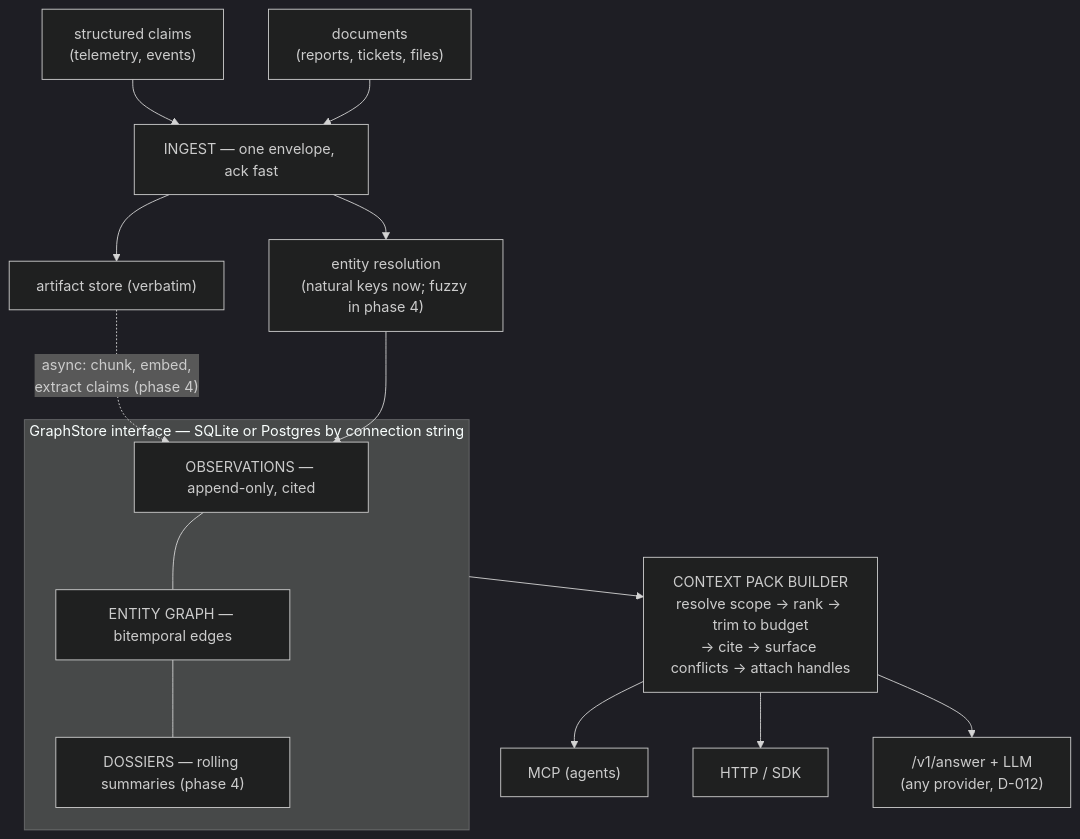
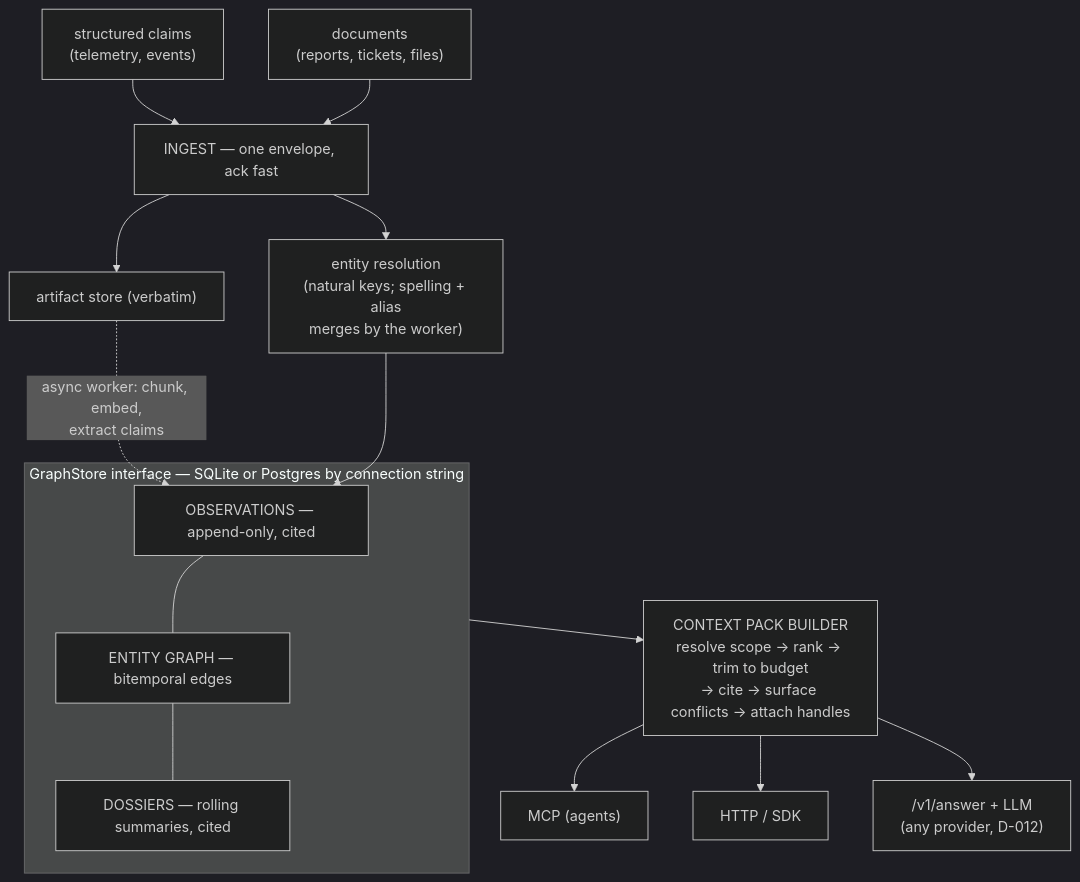
The first of 2 diagrams in docs/architecture.md (seahop/loomctx), drawn with Mermaid (dark theme) before and after one commit. The commit also changed other lines of this file and 15 other files, not shown here.

````diff
--- a/docs/architecture.md
+++ b/docs/architecture.md
@@ -221,19 +230,19 @@
 ```mermaid
 flowchart TB
     C["structured claims<br/>(telemetry, events)"] --> ING
     D["documents<br/>(reports, tickets, files)"] --> ING
-    ING["INGEST — one envelope, ack fast"] --> ER["entity resolution<br/>(natural keys now; fuzzy in phase 4)"]
+    ING["INGEST — one envelope, ack fast"] --> ER["entity resolution<br/>(natural keys; spelling + alias<br/>merges by the worker)"]
     ING --> ART["artifact store (verbatim)"]
-    ART -.->|"async: chunk, embed,<br/>extract claims (phase 4)"| OBS
+    ART -.->|"async worker: chunk, embed,<br/>extract claims"| OBS
     ER --> OBS
     subgraph STORE["GraphStore interface — SQLite or Postgres by connection string"]
         OBS["OBSERVATIONS — append-only, cited"]
         GRAPH["ENTITY GRAPH — bitemporal edges"]
-        DOS["DOSSIERS — rolling summaries (phase 4)"]
+        DOS["DOSSIERS — rolling summaries, cited"]
         OBS --- GRAPH --- DOS
     end
     STORE --> CPB["CONTEXT PACK BUILDER<br/>resolve scope → rank → trim to budget<br/>→ cite → surface conflicts → attach handles"]
     CPB --> MCP["MCP (agents)"]
     CPB --> HTTP["HTTP / SDK"]
     CPB --> ANS["/v1/answer + LLM<br/>(any provider, D-012)"]
 ```
````
